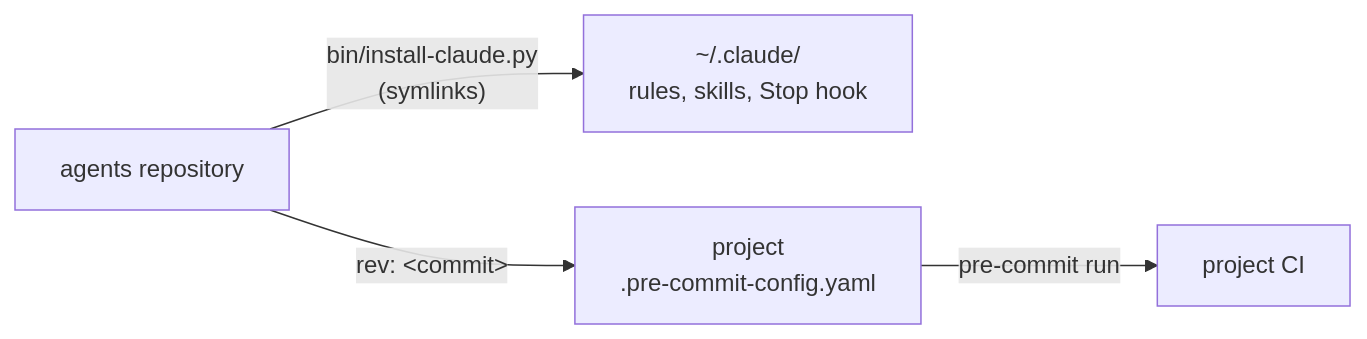
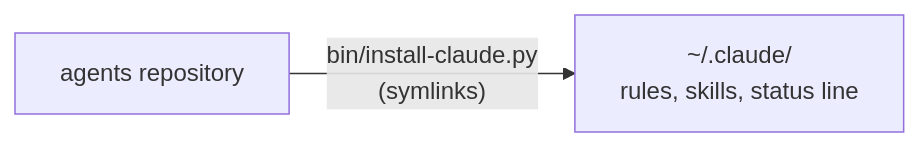
One commit to bnomis/agents changed the diagram in docs/concepts.md. Above: the diagram before and after it, drawn with Mermaid. The commit also changed other lines of this file and 31 other files, not shown here.

````diff
--- a/docs/concepts.md
+++ b/docs/concepts.md
@@ -7,10 +7,6 @@
 ```mermaid
 flowchart LR
     repo["agents repository"]
-    home["~/.claude/<br>rules, skills, Stop hook"]
-    proj["project<br>.pre-commit-config.yaml"]
-    ci["project CI"]
+    home["~/.claude/<br>rules, skills, status line"]
     repo -- "bin/install-claude.py<br>(symlinks)" --> home
-    repo -- "rev: &lt;commit&gt;" --> proj
-    proj -- "pre-commit run" --> ci
 ```
````
